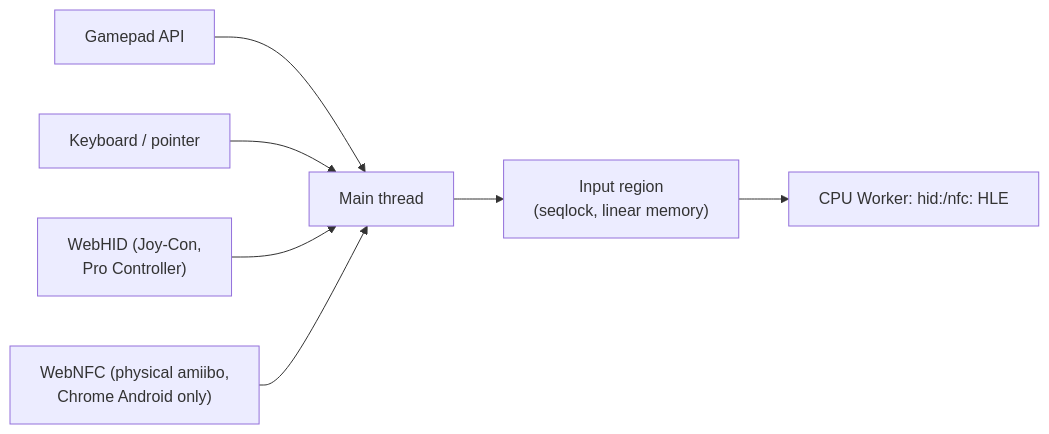
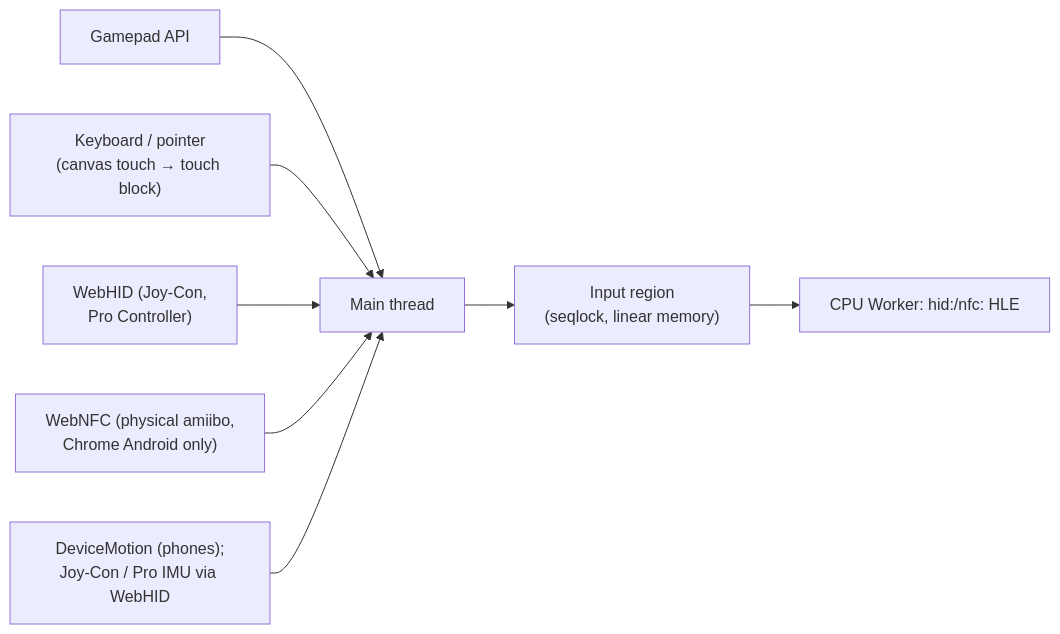
One commit to voland-emu/Voland changed diagram 11 of 15 in docs/DESIGN.md. Above: the diagram before and after it, drawn with Mermaid. The commit also changed other lines of this file and 1 other file, not shown here.

````diff
--- a/docs/DESIGN.md
+++ b/docs/DESIGN.md
@@ -1940,16 +2104,18 @@
 ```mermaid
 flowchart LR
     GP["Gamepad API"]
-    KB["Keyboard / pointer"]
+    KB["Keyboard / pointer<br/>(canvas touch → touch block)"]
     HID["WebHID (Joy-Con,<br/>Pro Controller)"]
     NFC["WebNFC (physical amiibo,<br/>Chrome Android only)"]
+    MOT["DeviceMotion (phones);<br/>Joy-Con / Pro IMU via WebHID"]
     MAIN["Main thread"]
     REGION["Input region<br/>(seqlock, linear memory)"]
     CPU["CPU Worker: hid:/nfc: HLE"]
 
     GP --> MAIN
     KB --> MAIN
     HID --> MAIN
     NFC --> MAIN
+    MOT --> MAIN
     MAIN --> REGION --> CPU
 ```
````
